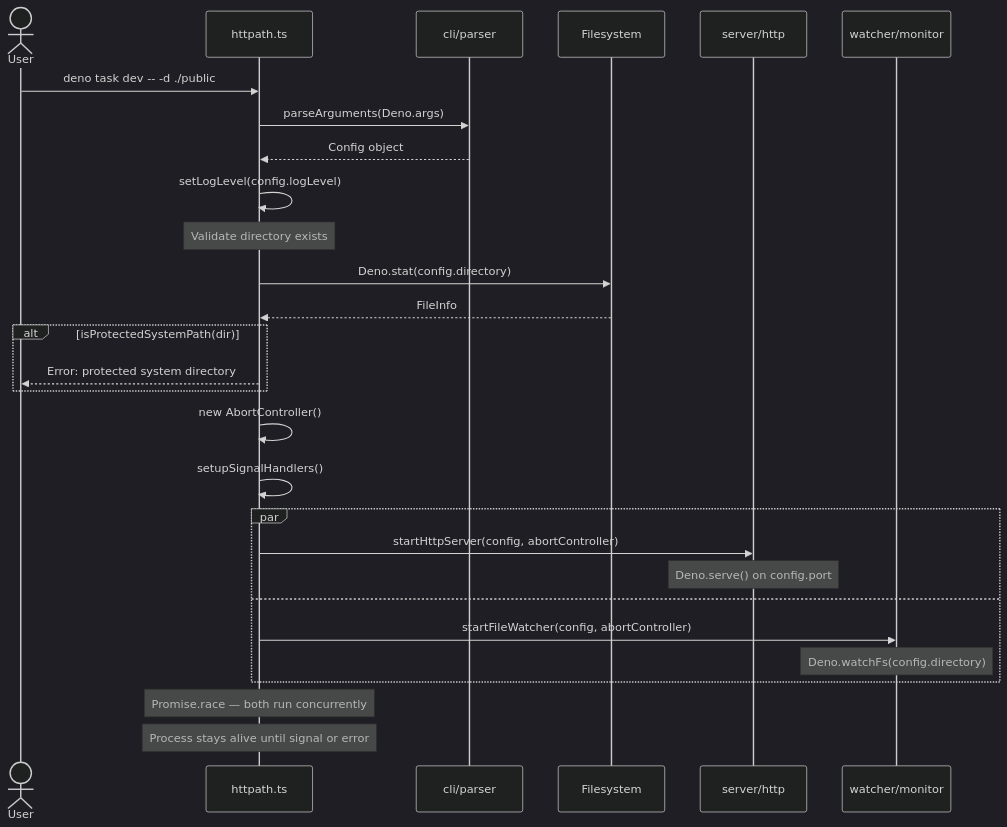
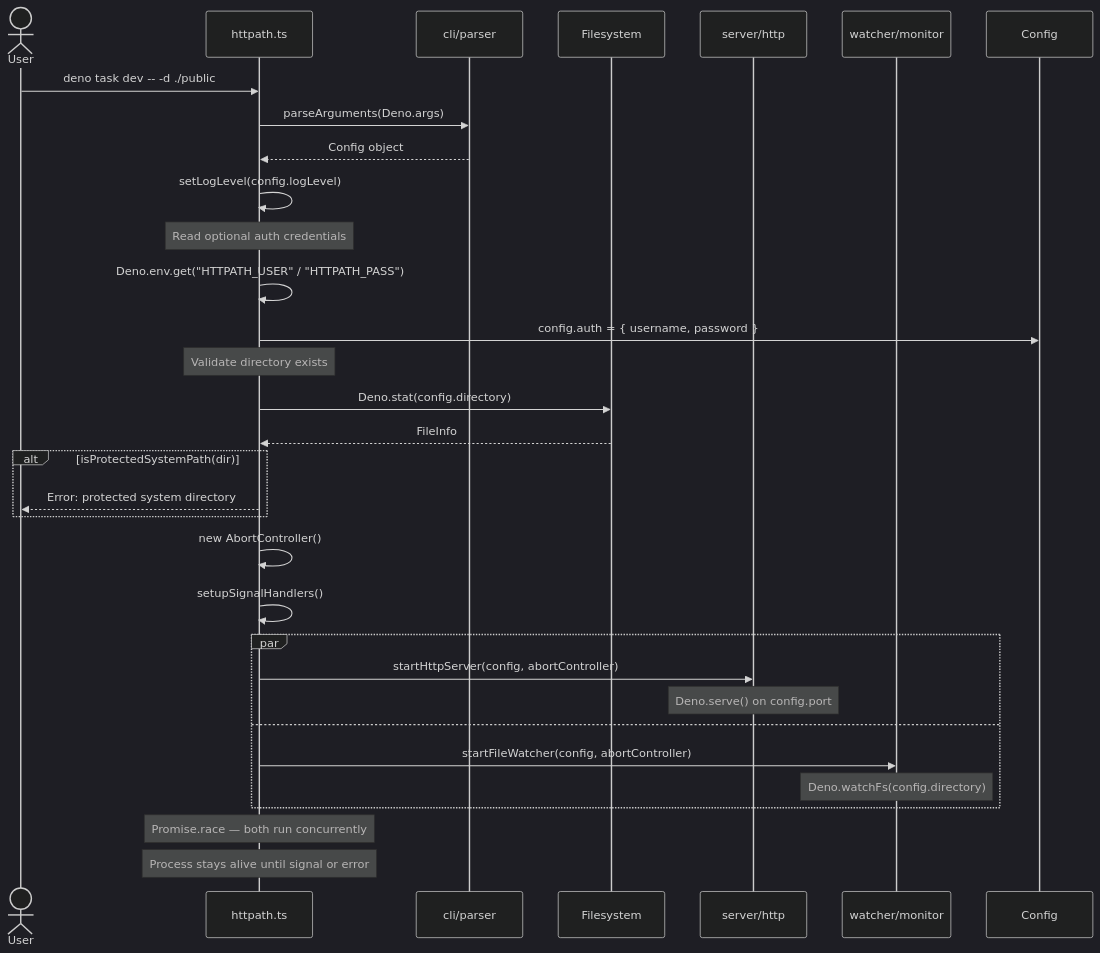
The second of 7 diagrams in docs/architecture.md (MetalbolicX/httpath), drawn with Mermaid (dark theme) before and after one commit. The commit also changed other lines of this file and 11 other files, not shown here.

First line of the commit message:
docs: update README and architecture docs for Basic Auth

````diff
--- a/docs/architecture.md
+++ b/docs/architecture.md
@@ -90,36 +90,40 @@
 ```mermaid
 sequenceDiagram
     actor User
     participant Main as httpath.ts
     participant CLI as cli/parser
     participant FS as Filesystem
     participant Server as server/http
     participant Watcher as watcher/monitor
 
     User->>Main: deno task dev -- -d ./public
     Main->>CLI: parseArguments(Deno.args)
     CLI-->>Main: Config object
     Main->>Main: setLogLevel(config.logLevel)
+
+    Note over Main: Read optional auth credentials
+    Main->>Main: Deno.env.get("HTTPATH_USER" / "HTTPATH_PASS")
+    Main->>Config: config.auth = { username, password }
 
     Note over Main: Validate directory exists
     Main->>FS: Deno.stat(config.directory)
     FS-->>Main: FileInfo
 
     alt isProtectedSystemPath(dir)
         Main-->>User: Error: protected system directory
     end
 
     Main->>Main: new AbortController()
     Main->>Main: setupSignalHandlers()
 
     par
         Main->>Server: startHttpServer(config, abortController)
         Note over Server: Deno.serve() on config.port
     and
         Main->>Watcher: startFileWatcher(config, abortController)
         Note over Watcher: Deno.watchFs(config.directory)
     end
 
     Note over Main: Promise.race — both run concurrently
     Note over Main: Process stays alive until signal or error
 ```
````
